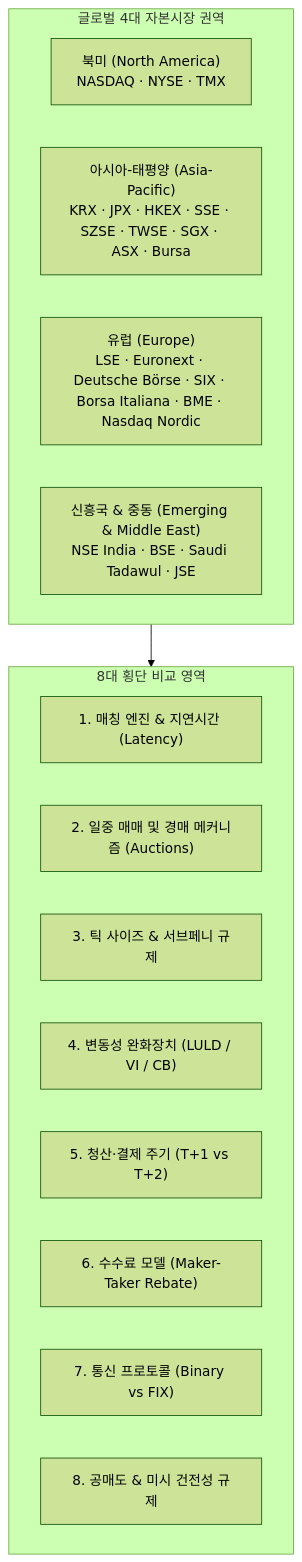
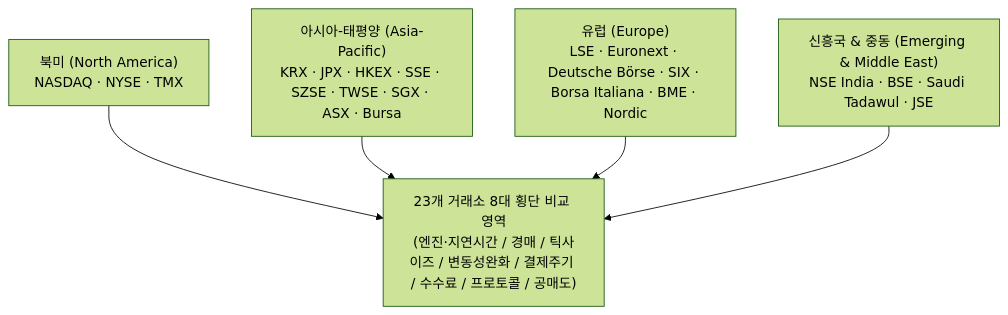
The first of 4 diagrams in ko/comparison_matrix.md (keimania/global-exchanges), drawn with Mermaid (forest theme) before and after one commit. The commit also changed other lines of this file and 3 other files, not shown here.

Commit message:
fix: resolve KaTeX/Mermaid conflicts in comparison matrix and enhance dark mode UI

````diff
--- a/ko/comparison_matrix.md
+++ b/ko/comparison_matrix.md
@@ -14,22 +14,14 @@
 ```mermaid
 flowchart TD
-    subgraph Global_Regions["글로벌 4대 자본시장 권역"]
-        NA["북미 (North America)<br>NASDAQ · NYSE · TMX"]
-        APAC["아시아-태평양 (Asia-Pacific)<br>KRX · JPX · HKEX · SSE · SZSE · TWSE · SGX · ASX · Bursa"]
-        EU["유럽 (Europe)<br>LSE · Euronext · Deutsche Börse · SIX · Borsa Italiana · BME · Nasdaq Nordic"]
-        EM["신흥국 & 중동 (Emerging & Middle East)<br>NSE India · BSE · Saudi Tadawul · JSE"]
-    end
-    
-    subgraph Core_Axes["8대 횡단 비교 영역"]
-        A1["1. 매칭 엔진 & 지연시간 (Latency)"]
-        A2["2. 일중 매매 및 경매 메커니즘 (Auctions)"]
-        A3["3. 틱 사이즈 & 서브페니 규제"]
-        A4["4. 변동성 완화장치 (LULD / VI / CB)"]
-        A5["5. 청산·결제 주기 (T+1 vs T+2)"]
-        A6["6. 수수료 모델 (Maker-Taker Rebate)"]
-        A7["7. 통신 프로토콜 (Binary vs FIX)"]
-        A8["8. 공매도 & 미시 건전성 규제"]
-    end
+    NA["북미 (North America)<br>NASDAQ · NYSE · TMX"]
+    APAC["아시아-태평양 (Asia-Pacific)<br>KRX · JPX · HKEX · SSE · SZSE · TWSE · SGX · ASX · Bursa"]
+    EU["유럽 (Europe)<br>LSE · Euronext · Deutsche Börse · SIX · Borsa Italiana · BME · Nordic"]
+    EM["신흥국 & 중동 (Emerging & Middle East)<br>NSE India · BSE · Saudi Tadawul · JSE"]
 
-    Global_Regions --> Core_Axes
+    Matrix["23개 거래소 8대 횡단 비교 영역<br>(엔진·지연시간 / 경매 / 틱사이즈 / 변동성완화 / 결제주기 / 수수료 / 프로토콜 / 공매도)"]
+
+    NA --> Matrix
+    APAC --> Matrix
+    EU --> Matrix
+    EM --> Matrix
 ```
````
